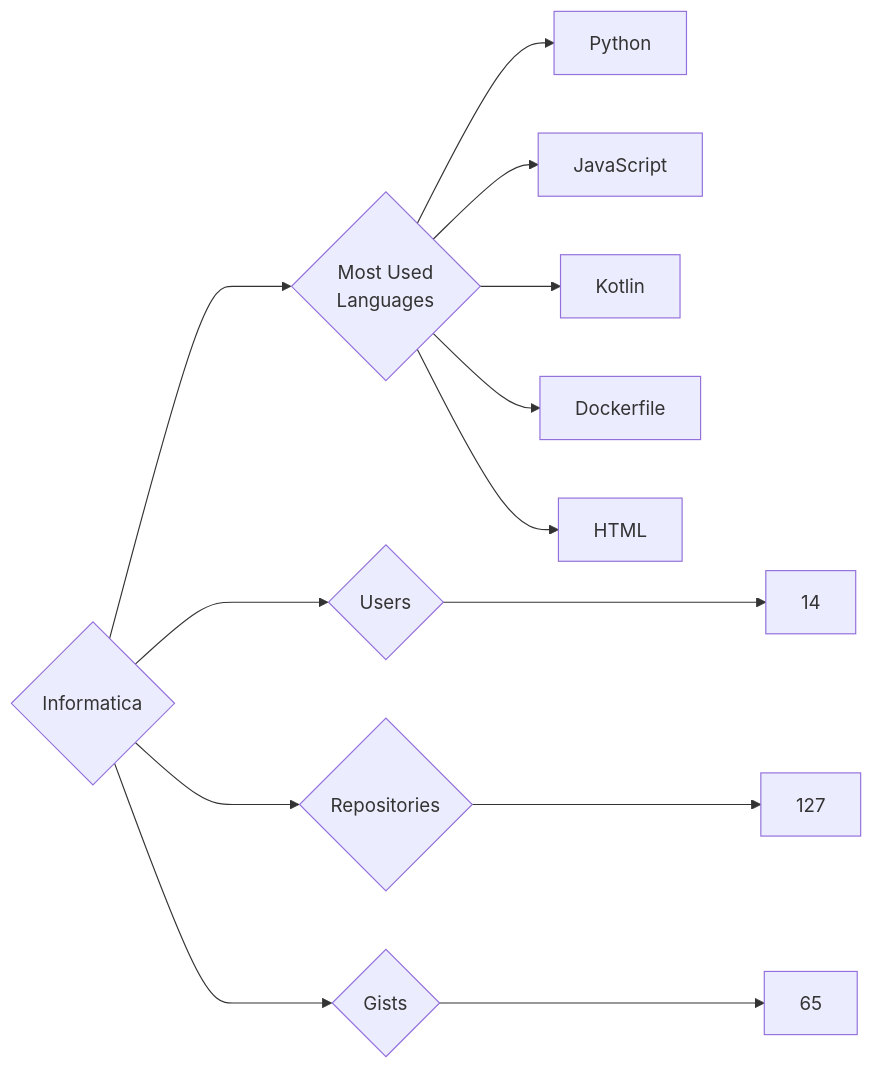
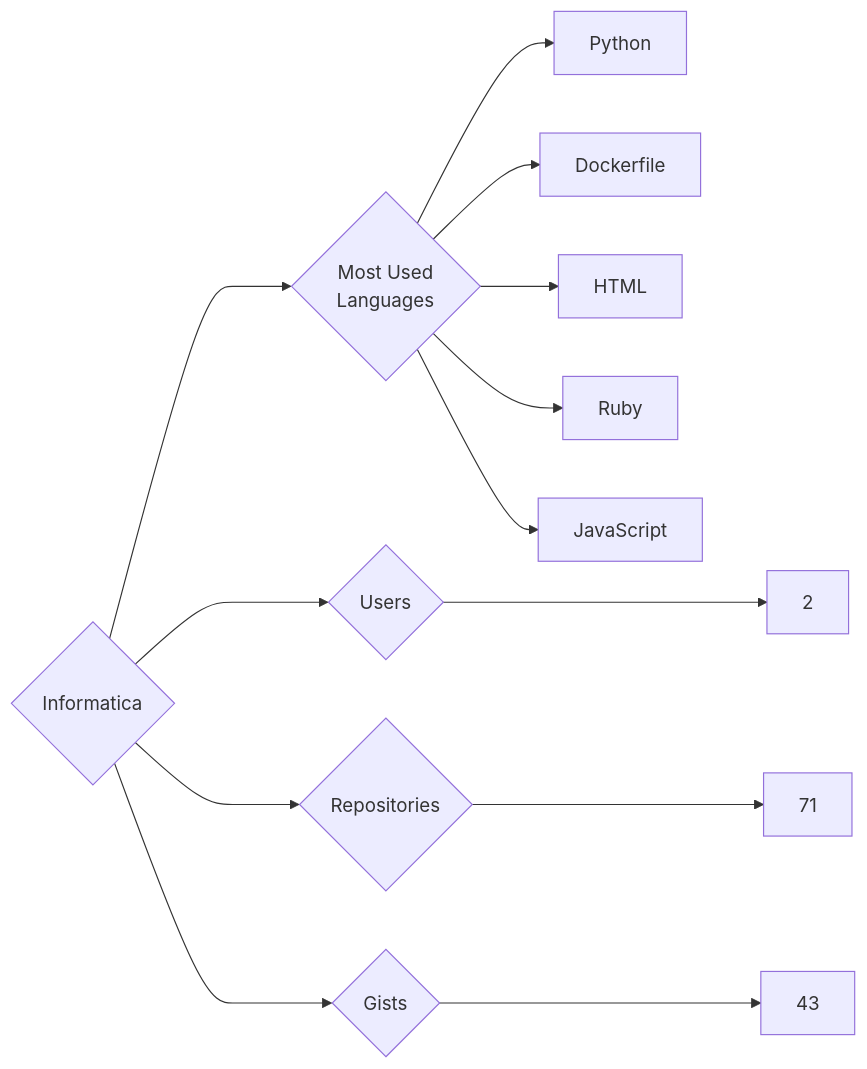
Before and after one commit to trickest/insiders: the diagram in targets/Informatica/README.md, drawn with Mermaid. The commit also changed 720 other files, not shown here.

````diff
--- a/targets/Informatica/README.md
+++ b/targets/Informatica/README.md
@@ -3,13 +3,13 @@
 ```mermaid
 graph LR
 COMPANY_NAME{Informatica}
-COMPANY_NAME ---> U{Users} ---> UN[14]
-COMPANY_NAME ---> R{Repositories} ---> RN[127]
-COMPANY_NAME ---> G{Gists} ---> GN[65]
+COMPANY_NAME ---> U{Users} ---> UN[2]
+COMPANY_NAME ---> R{Repositories} ---> RN[71]
+COMPANY_NAME ---> G{Gists} ---> GN[43]
 COMPANY_NAME ---> ML{Most Used<br>Languages}
 ML --> Python[Python]
-ML --> JavaScript[JavaScript]
-ML --> Kotlin[Kotlin]
 ML --> Dockerfile[Dockerfile]
 ML --> HTML[HTML]
+ML --> Ruby[Ruby]
+ML --> JavaScript[JavaScript]
 ```
````
